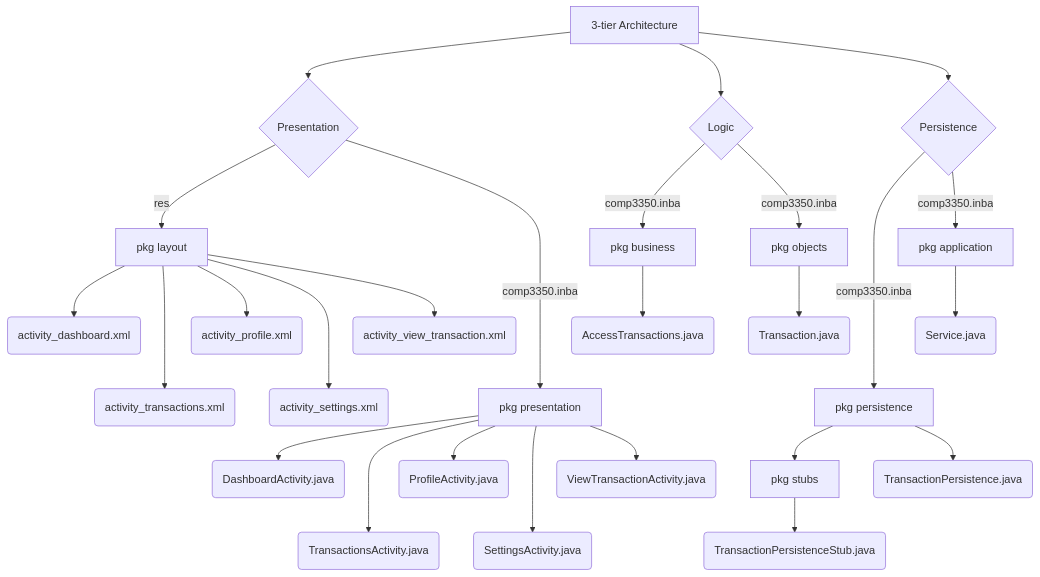
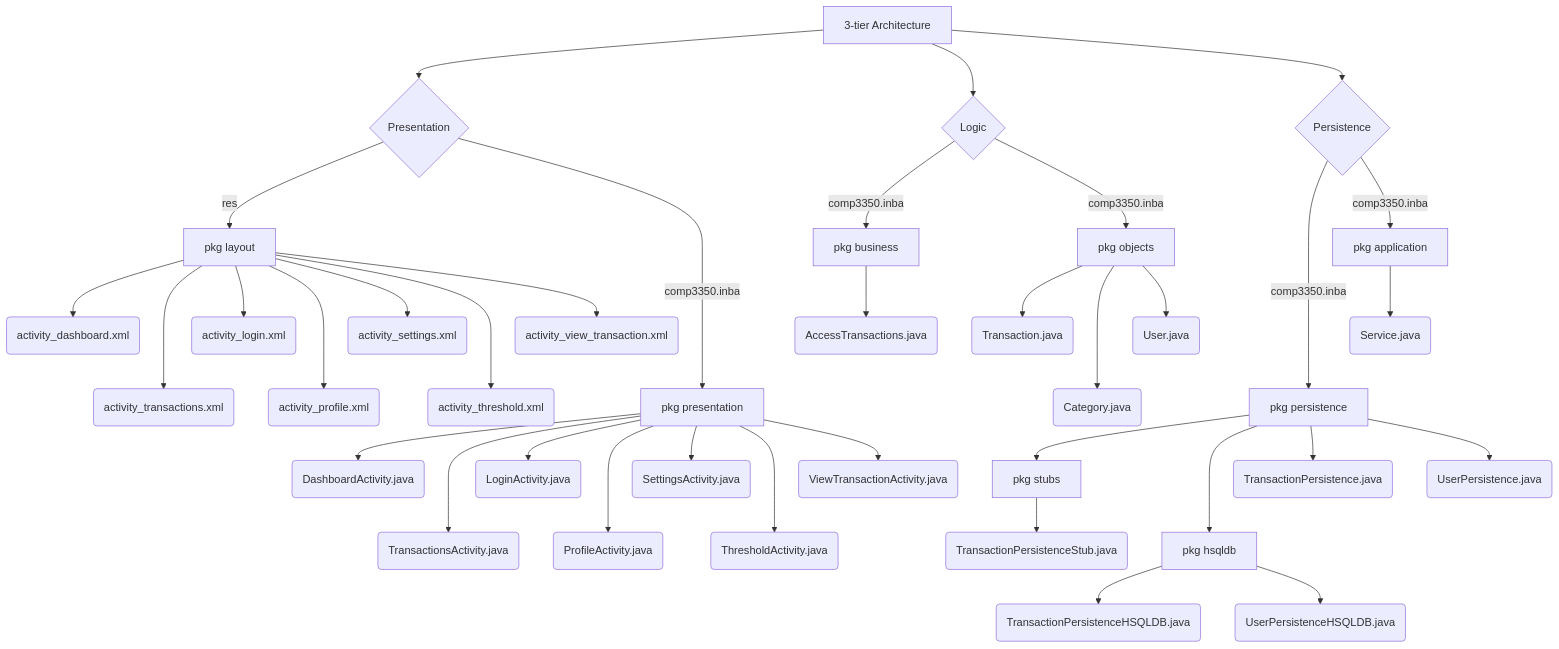
The diagram in ARCHITECTURE.md (ElyonNosa/INBA), drawn with Mermaid before and after one commit. The commit also changed 72 other files, not shown here.

````diff
--- a/ARCHITECTURE.md
+++ b/ARCHITECTURE.md
@@ -1,32 +1,42 @@
 ```mermaid
 graph TD
     A[3-tier Architecture]
     A --> PR{Presentation}
     A --> L{Logic}
     A --> PE{Persistence}
 
     PR --> |res| R[pkg layout]
     R --> ACTD(activity_dashboard.xml)
     R ---> ACTT(activity_transactions.xml)
-    R --> ACTP(activity_profile.xml)
-    R ---> ACTS(activity_settings.xml)
+    R --> ACTL(activity_login.xml)
+    R ---> ACTP(activity_profile.xml)
+    R --> ACTS(activity_settings.xml)
+    R ---> ACTTH(activity_threshold.xml)
     R --> ACTVT(activity_view_transaction.xml)
     PR ----> |comp3350.inba| PRES[pkg presentation]
     PRES --> DACT(DashboardActivity.java)
     PRES ---> TACT(TransactionsActivity.java)
-    PRES --> PACT(ProfileActivity.java)
-    PRES ---> SACT(SettingsActivity.java)
+    PRES --> LACT(LoginActivity.java)
+    PRES ---> PACT(ProfileActivity.java)
+    PRES --> SACT(SettingsActivity.java)
+    PRES ---> THACT(ThresholdActivity.java)
     PRES --> VTACT(ViewTransactionActivity.java)
 
     L --> |comp3350.inba| BUS[pkg business]
     BUS --> AT(AccessTransactions.java)
     L --> |comp3350.inba| OBJ[pkg objects]
     OBJ --> TRANS(Transaction.java)
+    OBJ ---> CAT(Category.java)
+    OBJ --> USER(User.java)
 
     PE ----> |comp3350.inba| PER[pkg persistence]
     PER --> STUB[pkg stubs]
+    PER ---> HSQLDB[pkg hsqldb]
     STUB --> TPS(TransactionPersistenceStub.java)
+    HSQLDB --> TPH(TransactionPersistenceHSQLDB.java)
+    HSQLDB --> UPH(UserPersistenceHSQLDB.java)
     PER --> TP(TransactionPersistence.java)
+    PER --> UP(UserPersistence.java)
     PE --> |comp3350.inba| APP[pkg application]
     APP --> SERV(Service.java)
 ```
````
